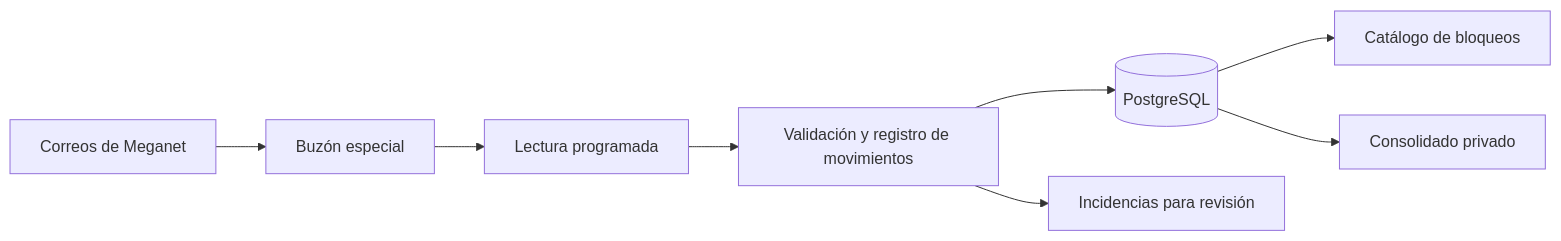
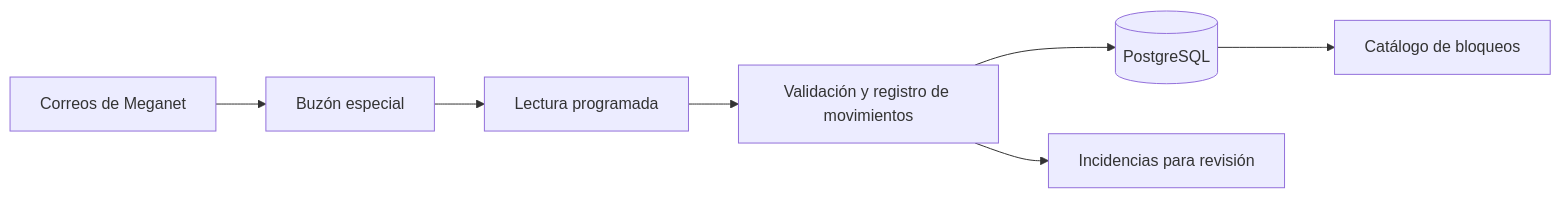
The diagram in docs/plan-automatizacion-cupos.md (AdriannDev/landing-megatravel), drawn with Mermaid before and after one commit. The commit also changed other lines of this file and 24 other files, not shown here.

````diff
--- a/docs/plan-automatizacion-cupos.md
+++ b/docs/plan-automatizacion-cupos.md
@@ -11,10 +11,9 @@
 ```mermaid
 flowchart LR
     M[Correos de Meganet] --> O[Buzón especial]
     O --> T[Lectura programada]
     T --> V[Validación y registro de movimientos]
     V --> B[(PostgreSQL)]
     V --> R[Incidencias para revisión]
     B --> C[Catálogo de bloqueos]
-    B --> S[Consolidado privado]
 ```
````
